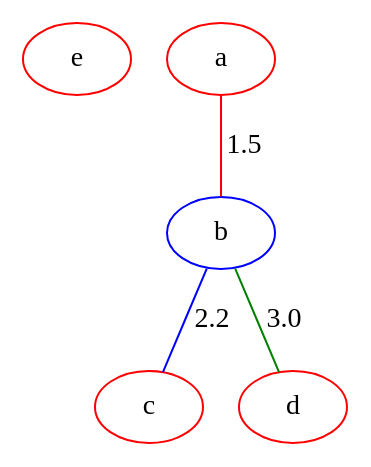
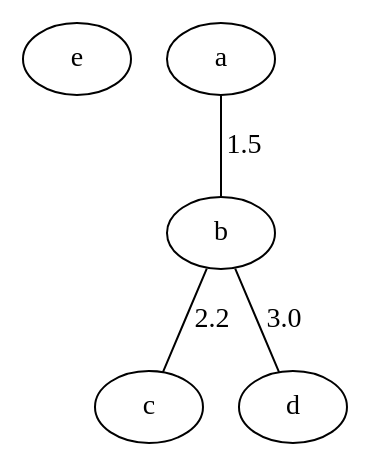
Before and after one commit to gustavomaltanv/grafos: the diagram in grafos/graph_1.dot, drawn with Graphviz. The commit also changed 3 other files, not shown here.

```diff
--- a/grafos/graph_1.dot
+++ b/grafos/graph_1.dot
@@ -1,10 +1,10 @@
 graph graph_1 {
-    e [color="red"];
-    a [color="red"];
-    b [color="blue"];
-    c [color="red"];
-    d [color="red"];
-    a -- b [label="1.5" color="red"];
-    b -- c [label="2.2" color="blue"];
-    b -- d [label="3.0" color="green"];
+    e;
+    a;
+    b;
+    c;
+    d;
+    a -- b [label="1.5"];
+    b -- c [label="2.2"];
+    b -- d [label="3.0"];
 }
```
